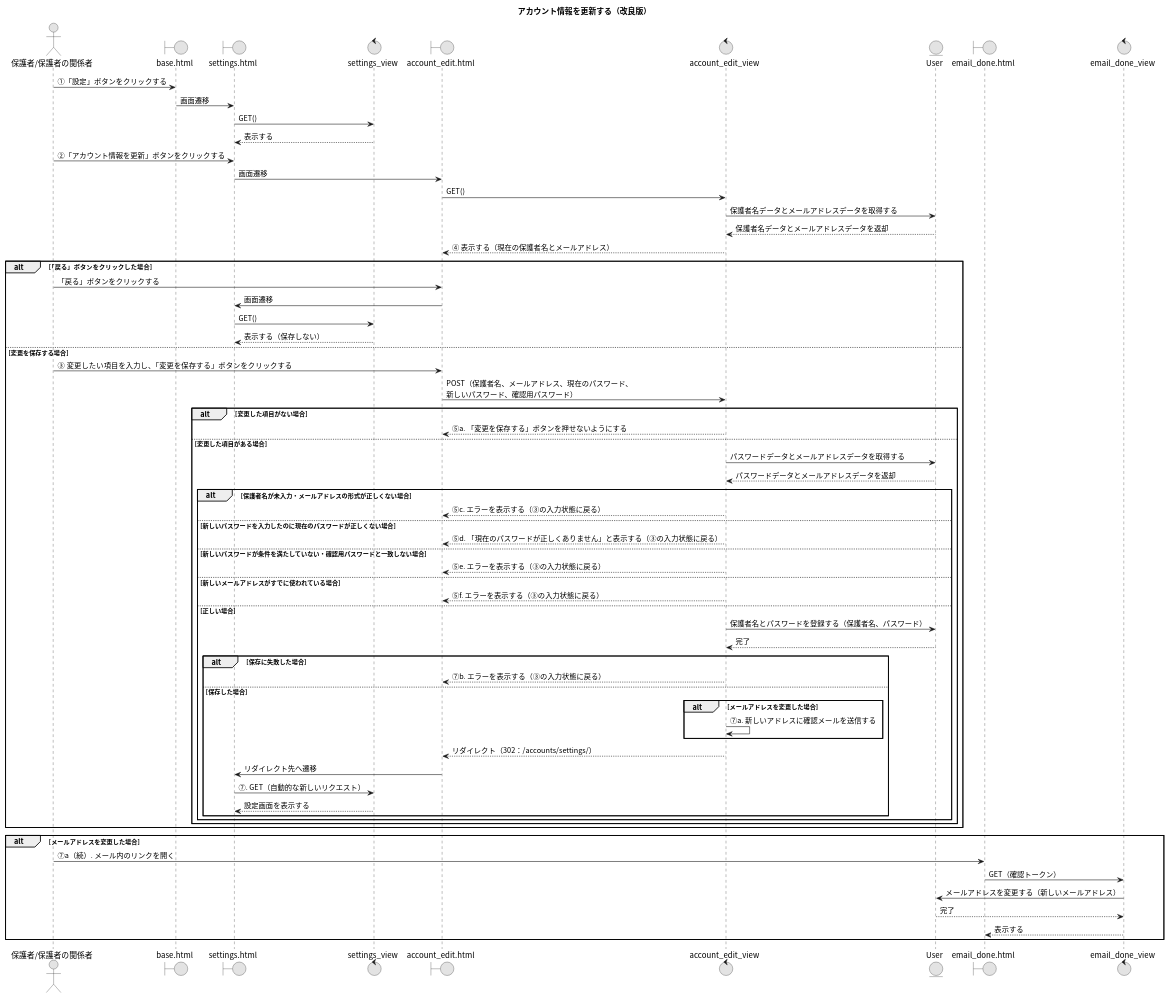
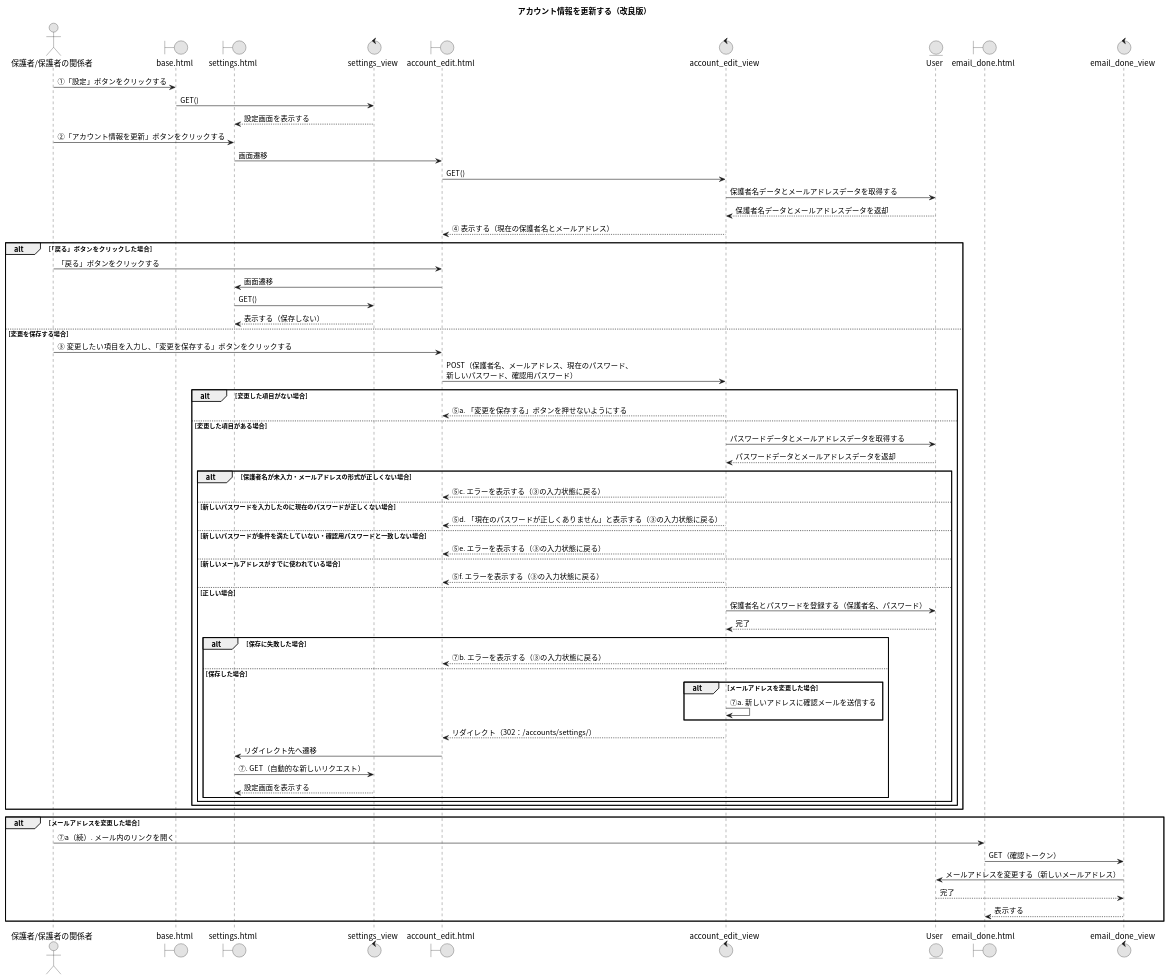
One commit to Ma2naga190330/26_sotugyou_puml changed the diagram in 04_アカウント情報を更新する.puml. Above: the diagram before and after it, drawn with PlantUML. The commit also changed 9 other files, not shown here.

```diff
--- a/04_アカウント情報を更新する.puml
+++ b/04_アカウント情報を更新する.puml
@@ -1,75 +1,74 @@
 @startuml
 title アカウント情報を更新する（改良版）
 skinparam defaultFontName "Noto Sans CJK JP"
 skinparam monochrome true
 
 actor "保護者/保護者の関係者" as A
 boundary "base.html" as BP
 boundary "settings.html" as SP
 control "settings_view" as SV
 boundary "account_edit.html" as AEP
 control "account_edit_view" as AEV
 entity "User" as UM
 boundary "email_done.html" as EDP
 control "email_done_view" as EDV
 
 A -> BP : ①「設定」ボタンをクリックする
-BP -> SP : 画面遷移
-SP -> SV : GET()
-SV --> SP : 表示する
+BP -> SV : GET()
+SV --> SP : 設定画面を表示する
 
 A -> SP : ②「アカウント情報を更新」ボタンをクリックする
 SP -> AEP : 画面遷移
 AEP -> AEV : GET()
 AEV -> UM : 保護者名データとメールアドレスデータを取得する
 AEV <-- UM : 保護者名データとメールアドレスデータを返却
 AEV --> AEP : ④ 表示する（現在の保護者名とメールアドレス）
 
 alt 「戻る」ボタンをクリックした場合
   A -> AEP : 「戻る」ボタンをクリックする
   AEP -> SP : 画面遷移
   SP -> SV : GET()
   SV --> SP : 表示する（保存しない）
 else 変更を保存する場合
   A -> AEP : ③ 変更したい項目を入力し、「変更を保存する」ボタンをクリックする
   AEP -> AEV : POST（保護者名、メールアドレス、現在のパスワード、\n新しいパスワード、確認用パスワード）
   alt 変更した項目がない場合
     AEV --> AEP : ⑤a. 「変更を保存する」ボタンを押せないようにする
   else 変更した項目がある場合
     AEV -> UM : パスワードデータとメールアドレスデータを取得する
     AEV <-- UM : パスワードデータとメールアドレスデータを返却
     alt 保護者名が未入力・メールアドレスの形式が正しくない場合
       AEV --> AEP : ⑤c. エラーを表示する（③の入力状態に戻る）
     else 新しいパスワードを入力したのに現在のパスワードが正しくない場合
       AEV --> AEP : ⑤d. 「現在のパスワードが正しくありません」と表示する（③の入力状態に戻る）
     else 新しいパスワードが条件を満たしていない・確認用パスワードと一致しない場合
       AEV --> AEP : ⑤e. エラーを表示する（③の入力状態に戻る）
     else 新しいメールアドレスがすでに使われている場合
       AEV --> AEP : ⑤f. エラーを表示する（③の入力状態に戻る）
     else 正しい場合
       AEV -> UM : 保護者名とパスワードを登録する（保護者名、パスワード）
       AEV <-- UM : 完了
       alt 保存に失敗した場合
         AEV --> AEP : ⑦b. エラーを表示する（③の入力状態に戻る）
       else 保存した場合
         alt メールアドレスを変更した場合
           AEV -> AEV : ⑦a. 新しいアドレスに確認メールを送信する
         end
         AEV --> AEP : リダイレクト（302：/accounts/settings/）
         AEP -> SP : リダイレクト先へ遷移
         SP -> SV : ⑦. GET（自動的な新しいリクエスト）
         SV --> SP : 設定画面を表示する
       end
     end
   end
 end
 
 ' メールアドレスを変更した場合：メール内のリンクを開く
 alt メールアドレスを変更した場合
   A -> EDP : ⑦a（続）. メール内のリンクを開く
   EDP -> EDV : GET（確認トークン）
   EDV -> UM : メールアドレスを変更する（新しいメールアドレス）
   EDV <-- UM : 完了
   EDV --> EDP : 表示する
 end
 @enduml
```
